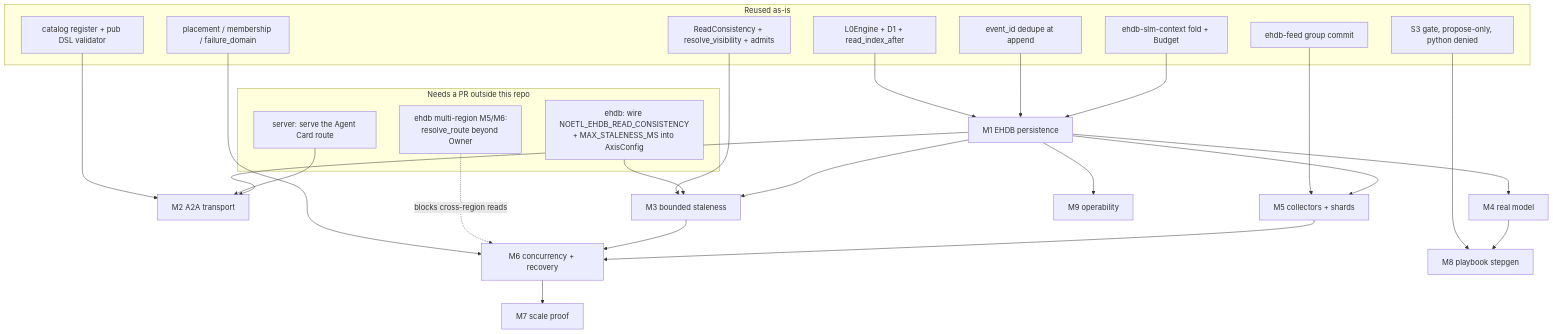
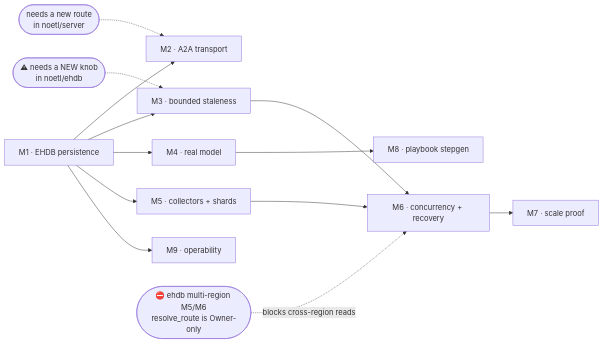
Before and after one commit to noetl/signal-mesh: the diagram in docs/production-implementation-plan.md, drawn with Mermaid. The commit also changed other lines of this file, not shown here.

Commit message:
fix(docs): the dependency graph rendered as illegible micro-text
Same defect as the wiki section 9, found the same way — by loading the
rendered page, not by reading the source. GitHub accepted the fence and
reported no parse error; the diagram was a `flowchart TB` whose two
subgraphs held eleven loose nodes side by side, so mermaid scaled it far
below readable and the iframe stayed at its 180px floor.

Now `flowchart LR` over the nine milestones with their real edges, so
M1 fans out vertically and the graph is narrow rather than wide, with
the three external dependencies attached as dotted inputs. The
"reused as-is" inventory that was padding the subgraphs is a table
instead, which is where that content belonged anyway — it carries
file:line citations a diagram node cannot.

````diff
--- a/docs/production-implementation-plan.md
+++ b/docs/production-implementation-plan.md
@@ -531,47 +531,26 @@
 ```mermaid
-flowchart TB
-    subgraph EXT["Needs a PR outside this repo"]
-        E1["ehdb: wire NOETL_EHDB_READ_CONSISTENCY<br/>+ MAX_STALENESS_MS into AxisConfig"]
-        E2["server: serve the Agent Card route"]
-        E3["ehdb multi-region M5/M6:<br/>resolve_route beyond Owner"]
-    end
-    subgraph HAVE["Reused as-is"]
-        H1["L0Engine + D1 + read_index_after"]
-        H2["event_id dedupe at append"]
-        H3["ehdb-feed group commit"]
-        H4["ReadConsistency + resolve_visibility + admits"]
-        H5["ehdb-slm-context fold + Budget"]
-        H6["S3 gate, propose-only, python denied"]
-        H7["catalog register + pub DSL validator"]
-        H8["placement / membership / failure_domain"]
-    end
-    M1["M1 EHDB persistence"]
-    M2["M2 A2A transport"]
-    M3["M3 bounded staleness"]
-    M4["M4 real model"]
-    M5["M5 collectors + shards"]
-    M6["M6 concurrency + recovery"]
-    M7["M7 scale proof"]
-    M8["M8 playbook stepgen"]
-    M9["M9 operability"]
-    H1 --> M1
-    H2 --> M1
-    H5 --> M1
-    H3 --> M5
-    H4 --> M3
-    E1 --> M3
-    H7 --> M2
-    E2 --> M2
-    H6 --> M8
-    H8 --> M6
-    E3 -.blocks cross-region reads.-> M6
+flowchart LR
+    M1["M1 · EHDB persistence"]
+    M2["M2 · A2A transport"]
+    M3["M3 · bounded staleness"]
+    M4["M4 · real model"]
+    M5["M5 · collectors + shards"]
+    M6["M6 · concurrency + recovery"]
+    M7["M7 · scale proof"]
+    M8["M8 · playbook stepgen"]
+    M9["M9 · operability"]
+
     M1 --> M2
     M1 --> M3
     M1 --> M4
     M1 --> M5
+    M1 --> M9
     M3 --> M6
     M5 --> M6
     M6 --> M7
     M4 --> M8
-    M1 --> M9
+
+    E2(["needs a new route<br/>in noetl/server"]) -.-> M2
+    E1(["⚠ needs a NEW knob<br/>in noetl/ehdb"]) -.-> M3
+    E3(["⛔ ehdb multi-region M5/M6<br/>resolve_route is Owner-only"]) -.blocks cross-region reads.-> M6
 ```
````
